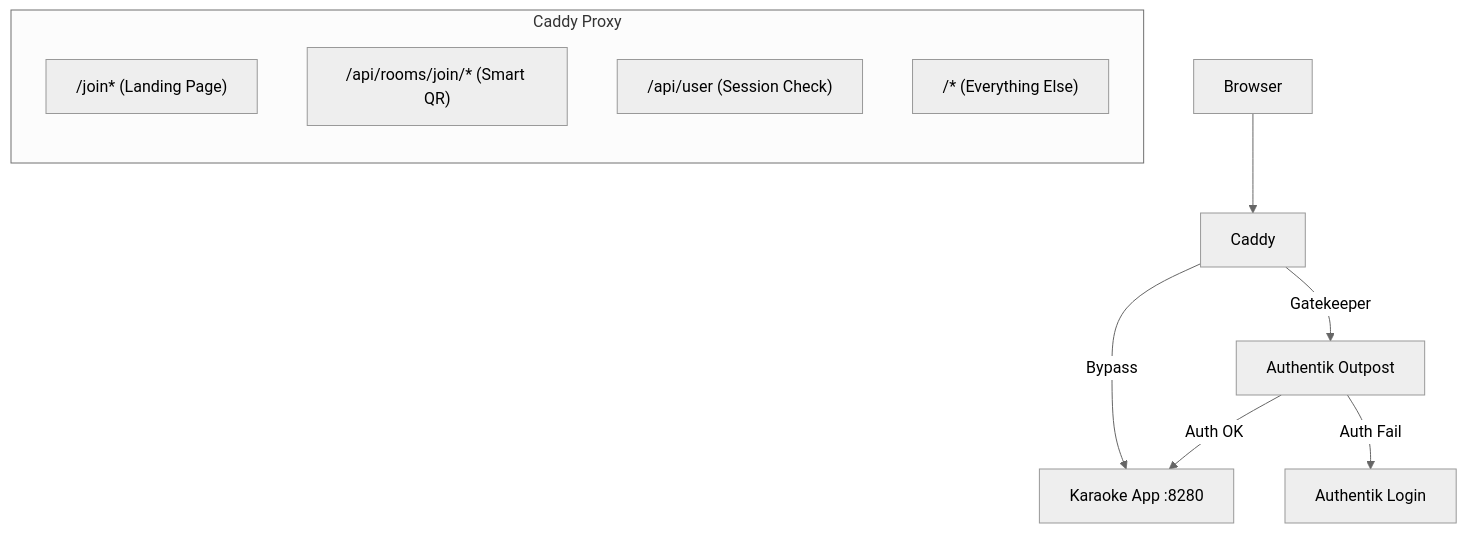
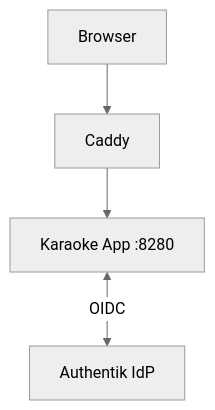
One commit to bhj/KaraokeEternal changed the diagram in docs/operations/troubleshooting-auth-flow.md. Above: the diagram before and after it, drawn with Mermaid (neutral theme). The commit also changed other lines of this file and 8 other files, not shown here.

````diff
--- a/docs/operations/troubleshooting-auth-flow.md
+++ b/docs/operations/troubleshooting-auth-flow.md
@@ -5,17 +5,6 @@
 ```mermaid
 graph TD
     Browser --> Caddy
-    
-    subgraph "Caddy Proxy"
-        direction TB
-        Bypass1["/join* (Landing Page)"]
-        Bypass2["/api/rooms/join/* (Smart QR)"]
-        Bypass3["/api/user (Session Check)"]
-        Gatekeeper["/* (Everything Else)"]
-    end
-    
-    Caddy -- "Bypass" --> App[Karaoke App :8280]
-    Caddy -- "Gatekeeper" --> Authentik[Authentik Outpost]
-    Authentik -- "Auth OK" --> App
-    Authentik -- "Auth Fail" --> Login[Authentik Login]
+    Caddy --> App[Karaoke App :8280]
+    App <-->|OIDC| Authentik[Authentik IdP]
 ```
````
